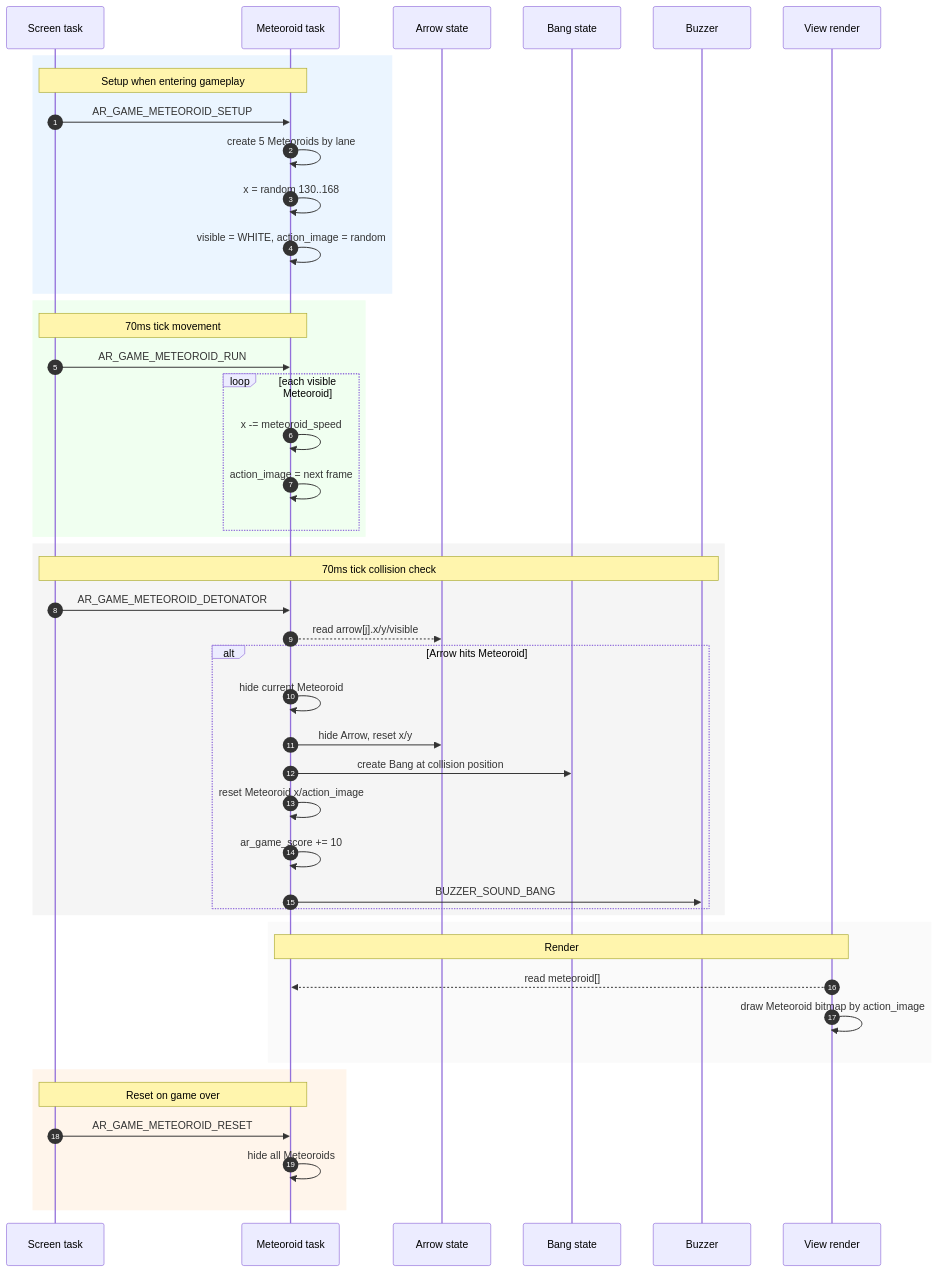
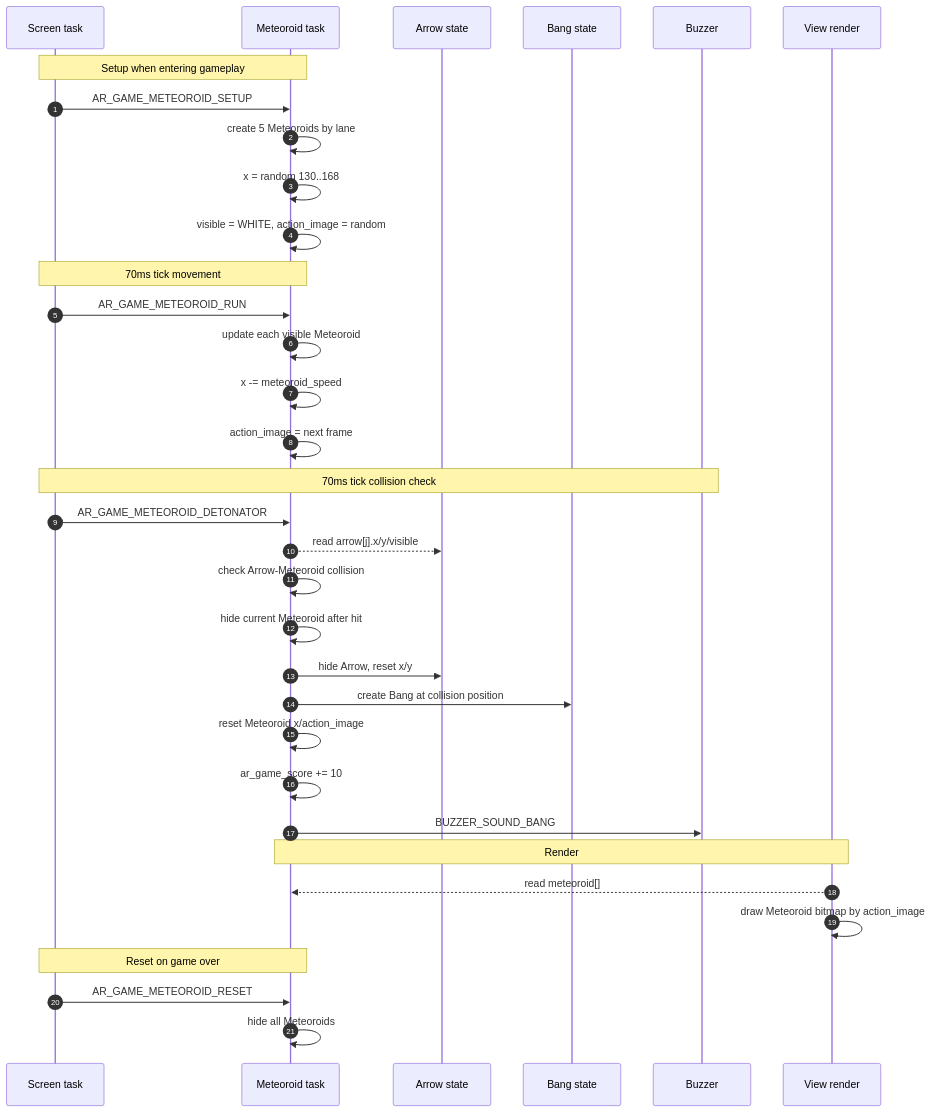
One commit to QuocBuu/archery_game changed the sixth of 7 diagrams in README_en.md. Above: the diagram before and after it, drawn with Mermaid. The commit also changed other lines of this file and 1 other file, not shown here.

````diff
--- a/README_en.md
+++ b/README_en.md
@@ -452,53 +404,41 @@
 ```mermaid
 sequenceDiagram
     autonumber
     participant Scr as Screen task
     participant M as Meteoroid task
     participant A as Arrow state
     participant B as Bang state
     participant Buzz as Buzzer
     participant View as View render
 
-    rect rgb(235, 245, 255)
-        Note over Scr,M: Setup when entering gameplay
-        Scr->>M: AR_GAME_METEOROID_SETUP
-        M->>M: create 5 Meteoroids by lane
-        M->>M: x = random 130..168
-        M->>M: visible = WHITE, action_image = random
-    end
+    Note over Scr,M: Setup when entering gameplay
+    Scr->>M: AR_GAME_METEOROID_SETUP
+    M->>M: create 5 Meteoroids by lane
+    M->>M: x = random 130..168
+    M->>M: visible = WHITE, action_image = random
 
-    rect rgb(240, 255, 240)
-        Note over Scr,M: 70ms tick movement
-        Scr->>M: AR_GAME_METEOROID_RUN
-        loop each visible Meteoroid
-            M->>M: x -= meteoroid_speed
-            M->>M: action_image = next frame
-        end
-    end
+    Note over Scr,M: 70ms tick movement
+    Scr->>M: AR_GAME_METEOROID_RUN
+    M->>M: update each visible Meteoroid
+    M->>M: x -= meteoroid_speed
+    M->>M: action_image = next frame
 
-    rect rgb(245, 245, 245)
-        Note over Scr,Buzz: 70ms tick collision check
-        Scr->>M: AR_GAME_METEOROID_DETONATOR
-        M-->>A: read arrow[j].x/y/visible
-        alt Arrow hits Meteoroid
-            M->>M: hide current Meteoroid
-            M->>A: hide Arrow, reset x/y
-            M->>B: create Bang at collision position
-            M->>M: reset Meteoroid x/action_image
-            M->>M: ar_game_score += 10
-            M->>Buzz: BUZZER_SOUND_BANG
-        end
-    end
+    Note over Scr,Buzz: 70ms tick collision check
+    Scr->>M: AR_GAME_METEOROID_DETONATOR
+    M-->>A: read arrow[j].x/y/visible
+    M->>M: check Arrow-Meteoroid collision
+    M->>M: hide current Meteoroid after hit
+    M->>A: hide Arrow, reset x/y
+    M->>B: create Bang at collision position
+    M->>M: reset Meteoroid x/action_image
+    M->>M: ar_game_score += 10
+    M->>Buzz: BUZZER_SOUND_BANG
 
-    rect rgb(250, 250, 250)
-        Note over View,M: Render
-        View-->>M: read meteoroid[]
-        View->>View: draw Meteoroid bitmap by action_image
-    end
+    Note over View,M: Render
+    View-->>M: read meteoroid[]
+    View->>View: draw Meteoroid bitmap by action_image
 
-    rect rgb(255, 245, 235)
-        Note over Scr,M: Reset on game over
-        Scr->>M: AR_GAME_METEOROID_RESET
-        M->>M: hide all Meteoroids
-    end
+    Note over Scr,M: Reset on game over
+    Scr->>M: AR_GAME_METEOROID_RESET
+    M->>M: hide all Meteoroids
 ```
````
